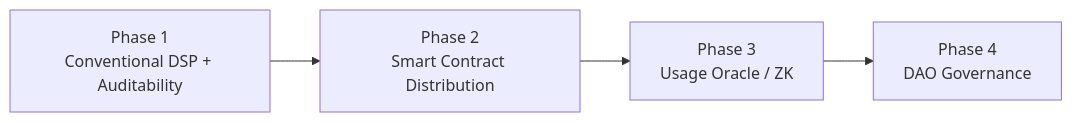
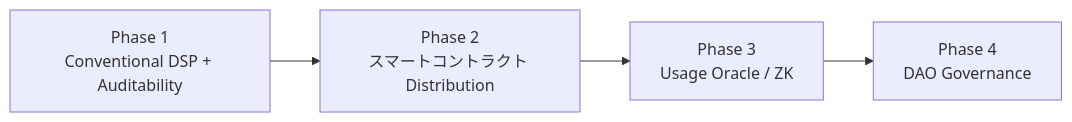
Before and after one commit to ShigeichiroYamasaki/creator-first-platform: diagram 25 of 27 in docs/whitepaper/04-platform-architecture.md, drawn with Mermaid. The commit also changed other lines of this file and 67 other files, not shown here.

````diff
--- a/docs/whitepaper/04-platform-architecture.md
+++ b/docs/whitepaper/04-platform-architecture.md
@@ -792,9 +792,9 @@
 ```mermaid
 flowchart LR
     P1[Phase 1<br/>Conventional DSP + Auditability]
-    P2[Phase 2<br/>Smart Contract Distribution]
+    P2[Phase 2<br/>スマートコントラクト Distribution]
     P3[Phase 3<br/>Usage Oracle / ZK]
     P4[Phase 4<br/>DAO Governance]
 
     P1 --> P2 --> P3 --> P4
 ```
````
